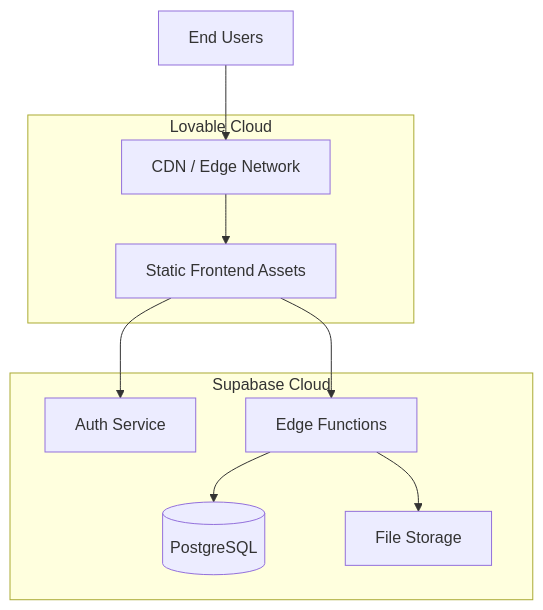
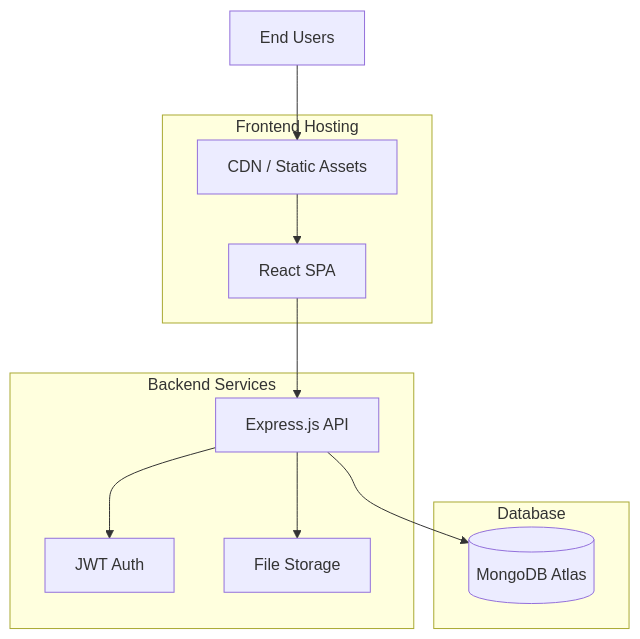
Before and after one commit to Recon-X2025/guardian-flow: the first of 3 diagrams in docs/DEPLOYMENT_ENVIRONMENT_SETUP_2025-11-01.md, drawn with Mermaid. The commit also changed other lines of this file and 361 other files, not shown here.

````diff
--- a/docs/DEPLOYMENT_ENVIRONMENT_SETUP_2025-11-01.md
+++ b/docs/DEPLOYMENT_ENVIRONMENT_SETUP_2025-11-01.md
@@ -29,21 +29,24 @@
 ```mermaid
 graph TB
-    subgraph "Lovable Cloud"
-        CDN[CDN / Edge Network]
-        FRONTEND[Static Frontend Assets]
+    subgraph "Frontend Hosting"
+        CDN[CDN / Static Assets]
+        FRONTEND[React SPA]
     end
-    
-    subgraph "Supabase Cloud"
-        AUTH[Auth Service]
-        DATABASE[(PostgreSQL)]
+
+    subgraph "Backend Services"
+        API[Express.js API]
+        AUTH[JWT Auth]
         STORAGE[File Storage]
-        EDGE[Edge Functions]
     end
-    
+
+    subgraph "Database"
+        DATABASE[(MongoDB Atlas)]
+    end
+
     USER[End Users] --> CDN
     CDN --> FRONTEND
-    FRONTEND --> AUTH
-    FRONTEND --> EDGE
-    EDGE --> DATABASE
-    EDGE --> STORAGE
+    FRONTEND --> API
+    API --> AUTH
+    API --> DATABASE
+    API --> STORAGE
 ```
````
